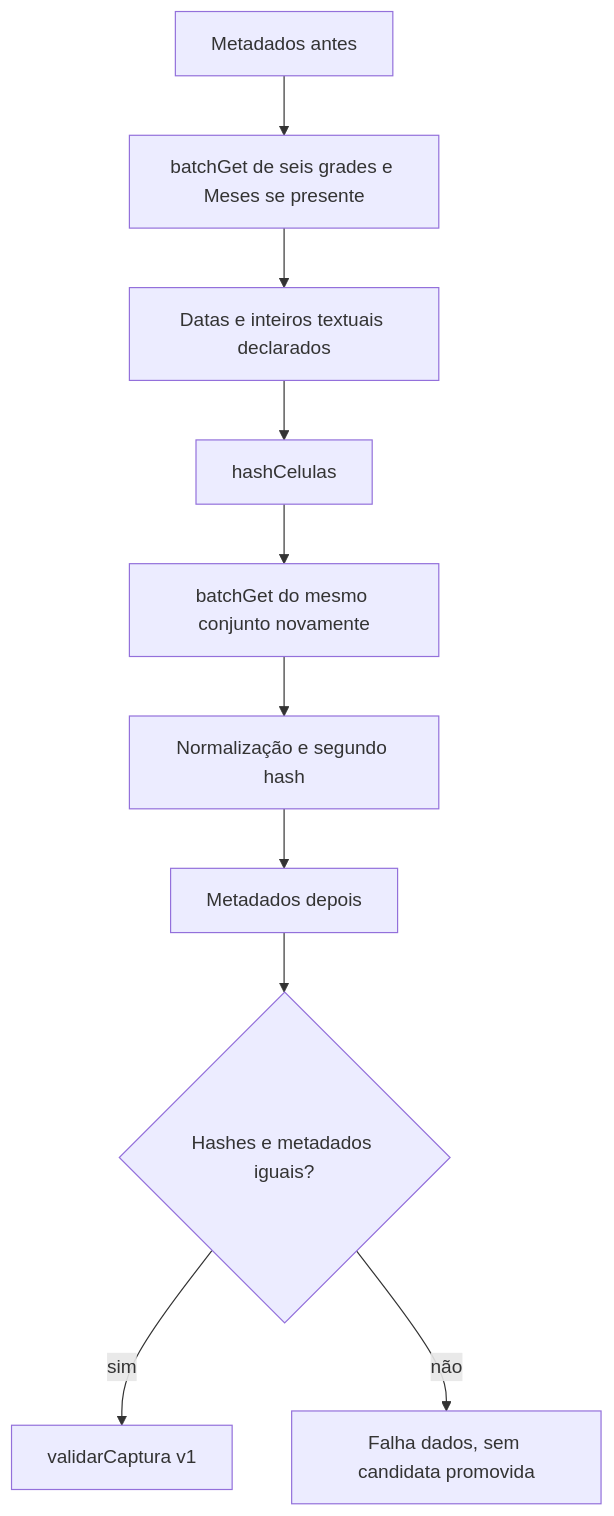
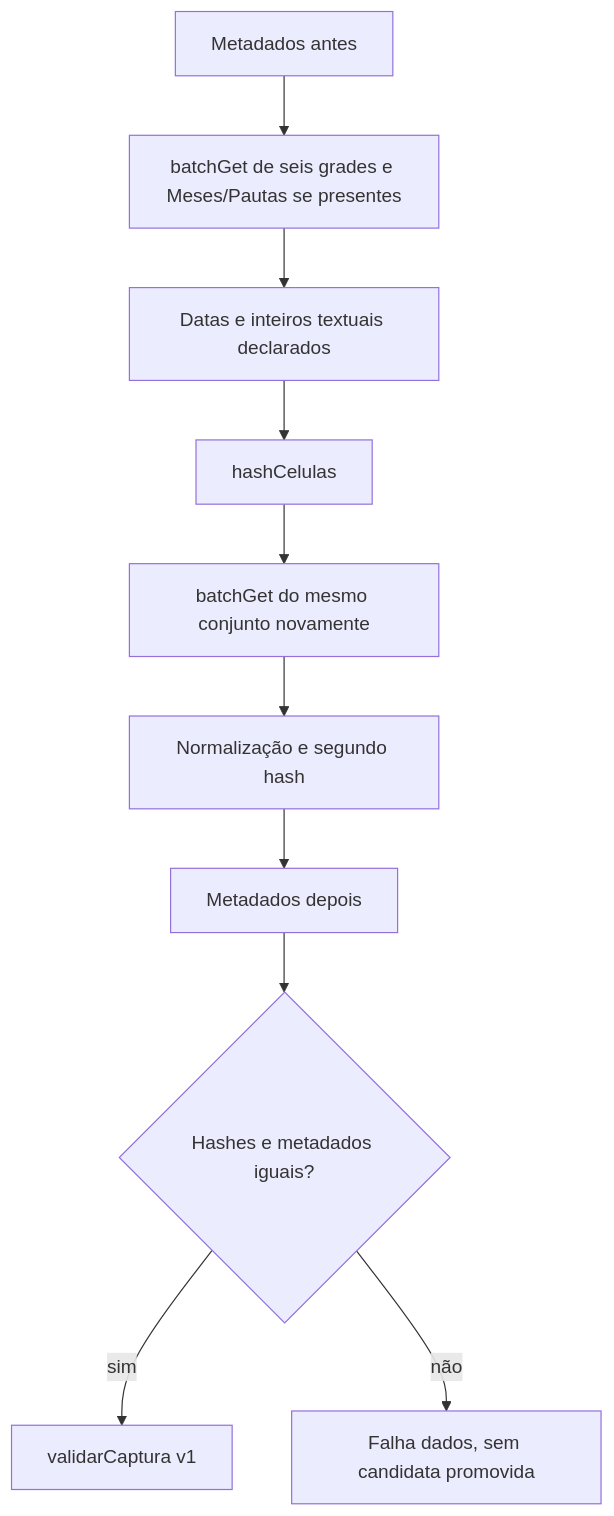
The diagram in docs/modules/coleta.md (Browsher/crm-social), drawn with Mermaid before and after one commit. The commit also changed other lines of this file and 55 other files, not shown here.

````diff
--- a/docs/modules/coleta.md
+++ b/docs/modules/coleta.md
@@ -7,12 +7,12 @@
 ```mermaid
 flowchart TD
-  Antes[Metadados antes] --> Primeira[batchGet de seis grades e Meses se presente]
+  Antes[Metadados antes] --> Primeira[batchGet de seis grades e Meses/Pautas se presentes]
   Primeira --> Tipos[Datas e inteiros textuais declarados]
   Tipos --> Hash1[hashCelulas]
   Hash1 --> Segunda[batchGet do mesmo conjunto novamente]
   Segunda --> Hash2[Normalização e segundo hash]
   Hash2 --> Depois[Metadados depois]
   Depois --> Iguais{Hashes e metadados iguais?}
   Iguais -->|sim| Validador[validarCaptura v1]
   Iguais -->|não| Recusar[Falha dados, sem candidata promovida]
 ```
````
